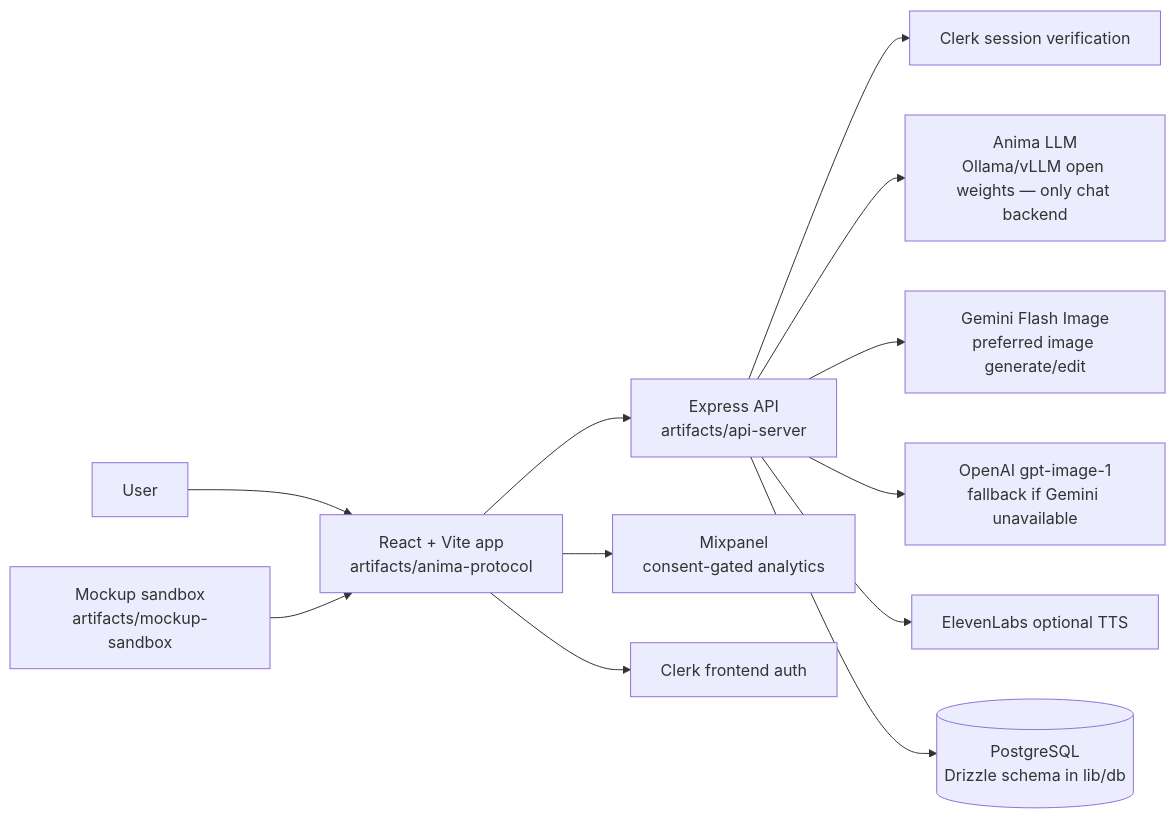
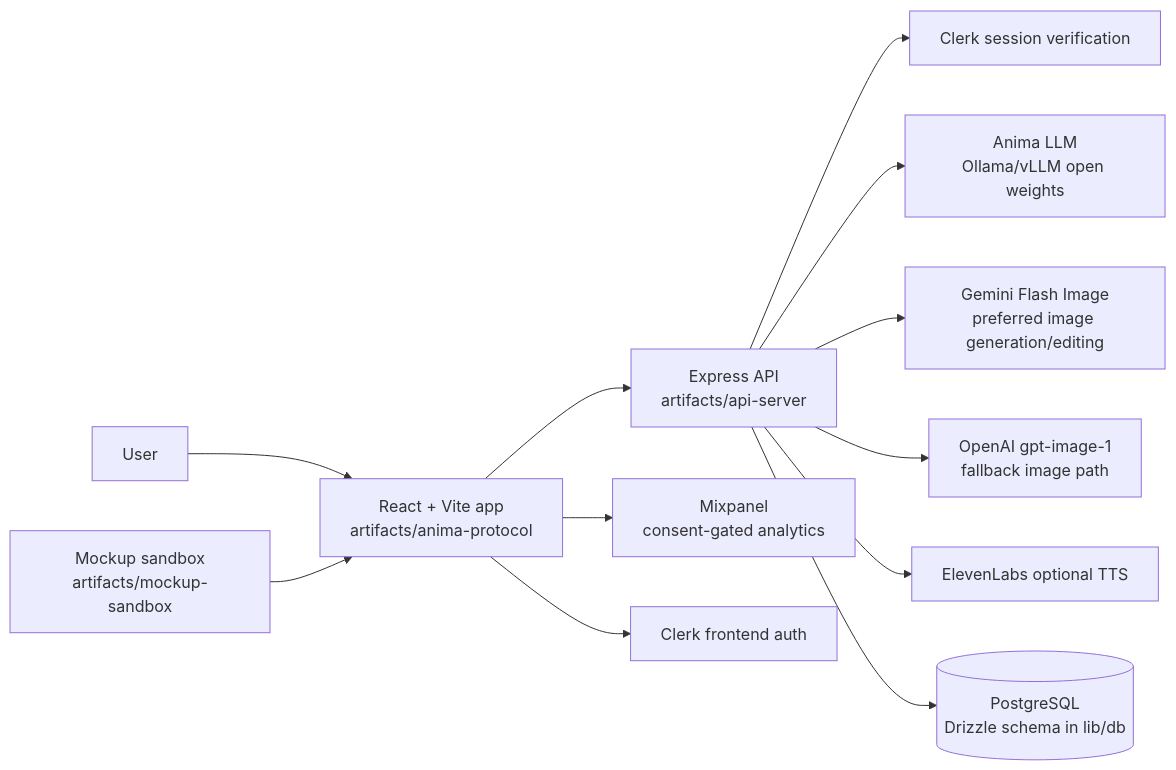
Before and after one commit to davins56/Anima-Protocol: the diagram in README.md, drawn with Mermaid. The commit also changed other lines of this file, not shown here.

````diff
--- a/README.md
+++ b/README.md
@@ -9,14 +34,14 @@
 ```mermaid
 flowchart LR
   user[User] --> web[React + Vite app<br/>artifacts/anima-protocol]
   web --> api[Express API<br/>artifacts/api-server]
   web --> mixpanel[Mixpanel<br/>consent-gated analytics]
   web --> clerk[Clerk frontend auth]
   api --> clerk_api[Clerk session verification]
-  api --> animaLlm[Anima LLM<br/>Ollama/vLLM open weights — only chat backend]
-  api --> geminiImages[Gemini Flash Image<br/>preferred image generate/edit]
-  api --> openaiImages[OpenAI gpt-image-1<br/>fallback if Gemini unavailable]
+  api --> animaLlm[Anima LLM<br/>Ollama/vLLM open weights]
+  api --> geminiImages[Gemini Flash Image<br/>preferred image generation/editing]
+  api --> openaiImages[OpenAI gpt-image-1<br/>fallback image path]
   api --> eleven[ElevenLabs optional TTS]
   api --> db[(PostgreSQL<br/>Drizzle schema in lib/db)]
   mockup[Mockup sandbox<br/>artifacts/mockup-sandbox] --> web
 ```
````
